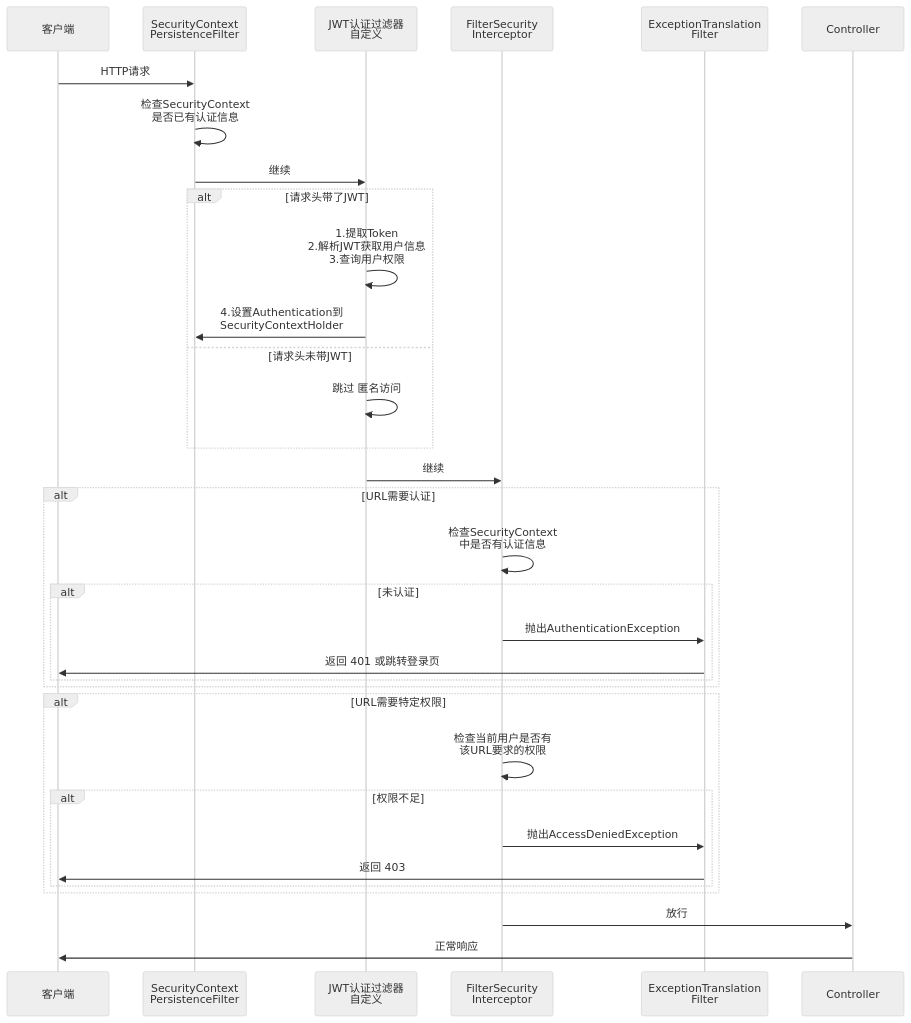
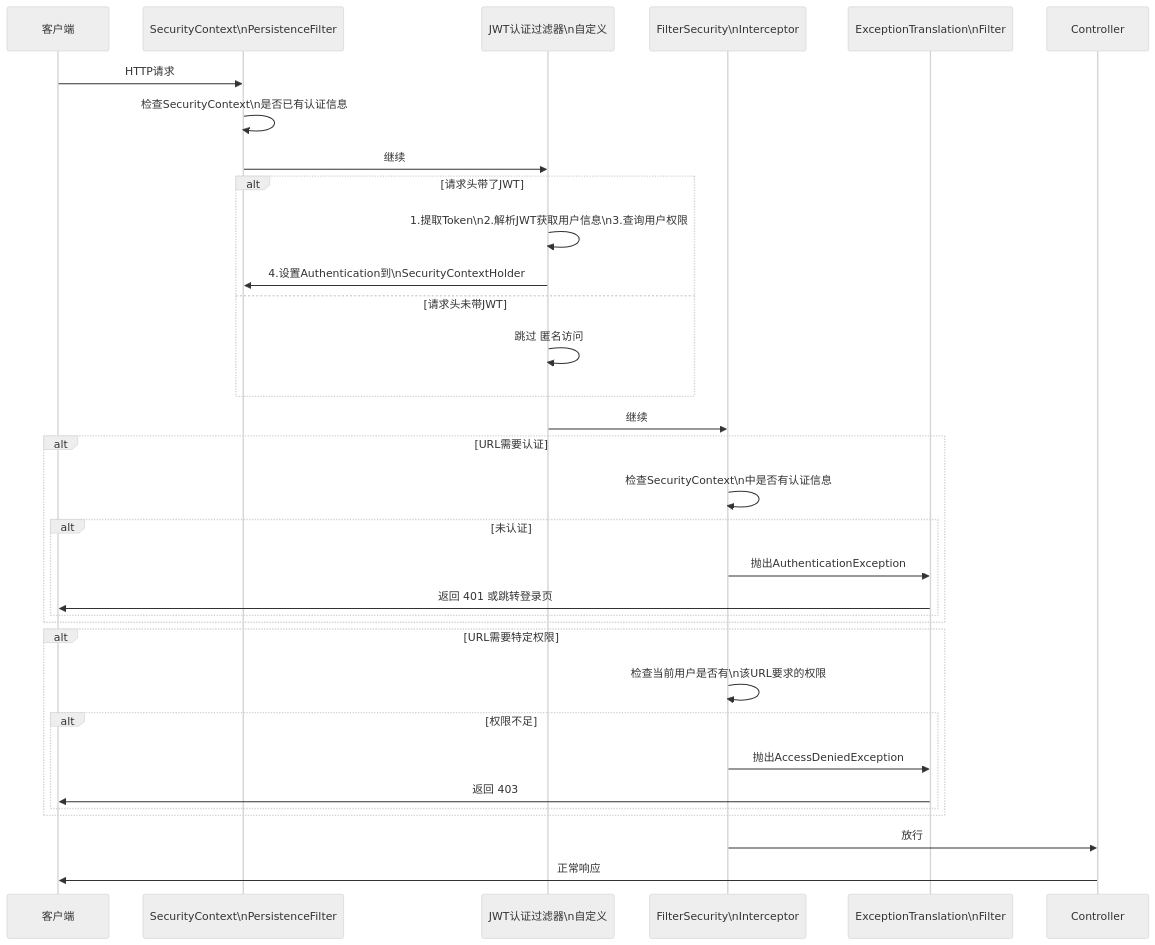
One commit to yaocat55/yaocat55.github.io changed the third of 6 diagrams in content/posts/springsecurity/SpringSecurityJwtAuthGuide.md. Above: the diagram before and after it, drawn with Mermaid (neutral theme). The commit also changed other lines of this file and 155 other files, not shown here.

````diff
--- a/content/posts/springsecurity/SpringSecurityJwtAuthGuide.md
+++ b/content/posts/springsecurity/SpringSecurityJwtAuthGuide.md
@@ -195,41 +195,41 @@
 ```mermaid
 sequenceDiagram
     participant C as 客户端
-    participant F1 as SecurityContext<br/>PersistenceFilter
-    participant F2 as JWT认证过滤器<br/>自定义
-    participant F3 as FilterSecurity<br/>Interceptor
-    participant F4 as ExceptionTranslation<br/>Filter
+    participant F1 as SecurityContext\nPersistenceFilter
+    participant F2 as JWT认证过滤器\n自定义
+    participant F3 as FilterSecurity\nInterceptor
+    participant F4 as ExceptionTranslation\nFilter
     participant API as Controller
 
     C->>F1: HTTP请求
-    F1->>F1: 检查SecurityContext<br/>是否已有认证信息
+    F1->>F1: 检查SecurityContext\n是否已有认证信息
     F1->>F2: 继续
 
     alt 请求头带了JWT
-        F2->>F2: 1.提取Token<br/>2.解析JWT获取用户信息<br/>3.查询用户权限
-        F2->>F1: 4.设置Authentication到<br/>SecurityContextHolder
+        F2->>F2: 1.提取Token\n2.解析JWT获取用户信息\n3.查询用户权限
+        F2->>F1: 4.设置Authentication到\nSecurityContextHolder
     else 请求头未带JWT
         F2->>F2: 跳过 匿名访问
     end
 
     F2->>F3: 继续
 
     alt URL需要认证
-        F3->>F3: 检查SecurityContext<br/>中是否有认证信息
+        F3->>F3: 检查SecurityContext\n中是否有认证信息
         alt 未认证
             F3->>F4: 抛出AuthenticationException
             F4->>C: 返回 401 或跳转登录页
         end
     end
 
     alt URL需要特定权限
-        F3->>F3: 检查当前用户是否有<br/>该URL要求的权限
+        F3->>F3: 检查当前用户是否有\n该URL要求的权限
         alt 权限不足
             F3->>F4: 抛出AccessDeniedException
             F4->>C: 返回 403
         end
     end
 
     F3->>API: 放行
     API->>C: 正常响应
 ```
````
